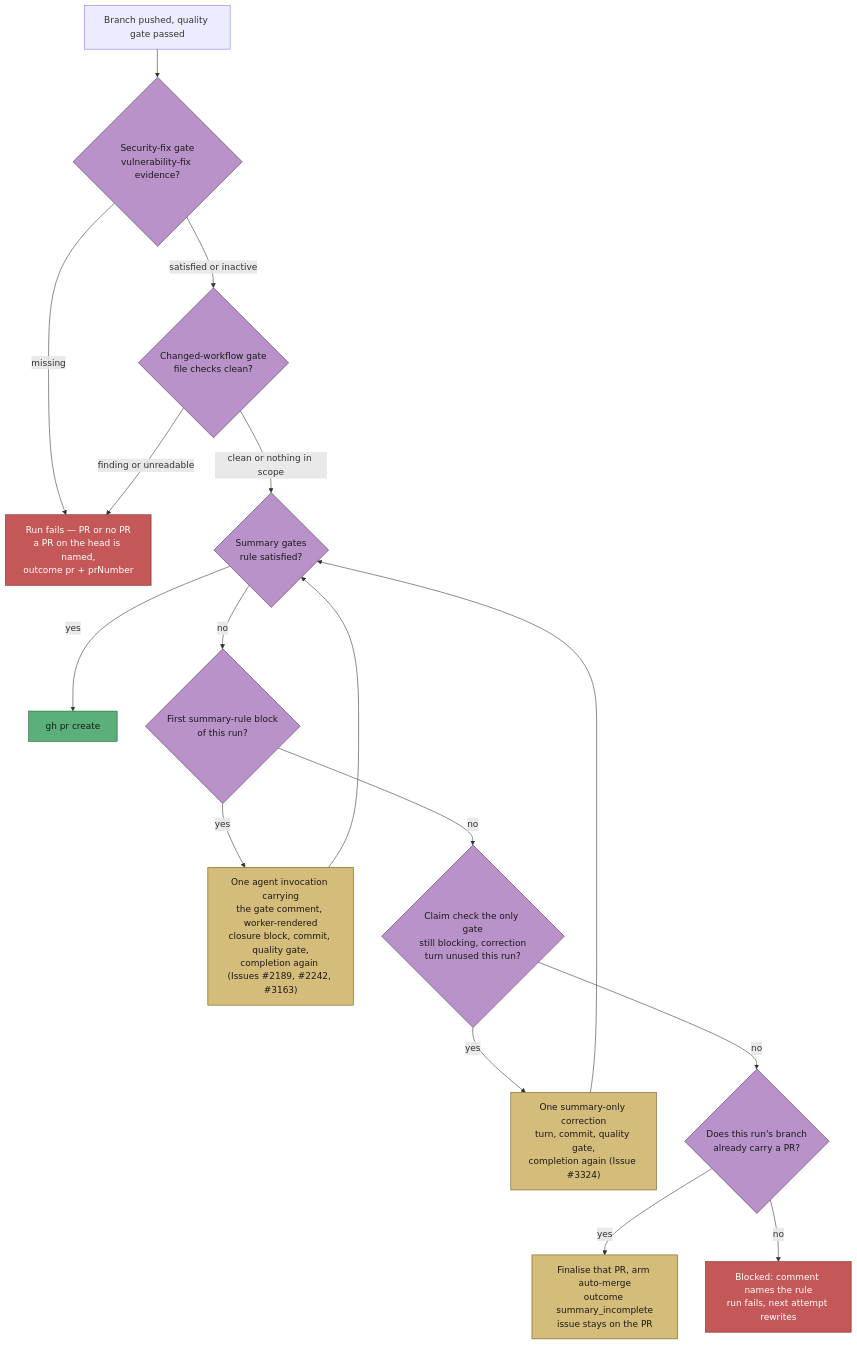
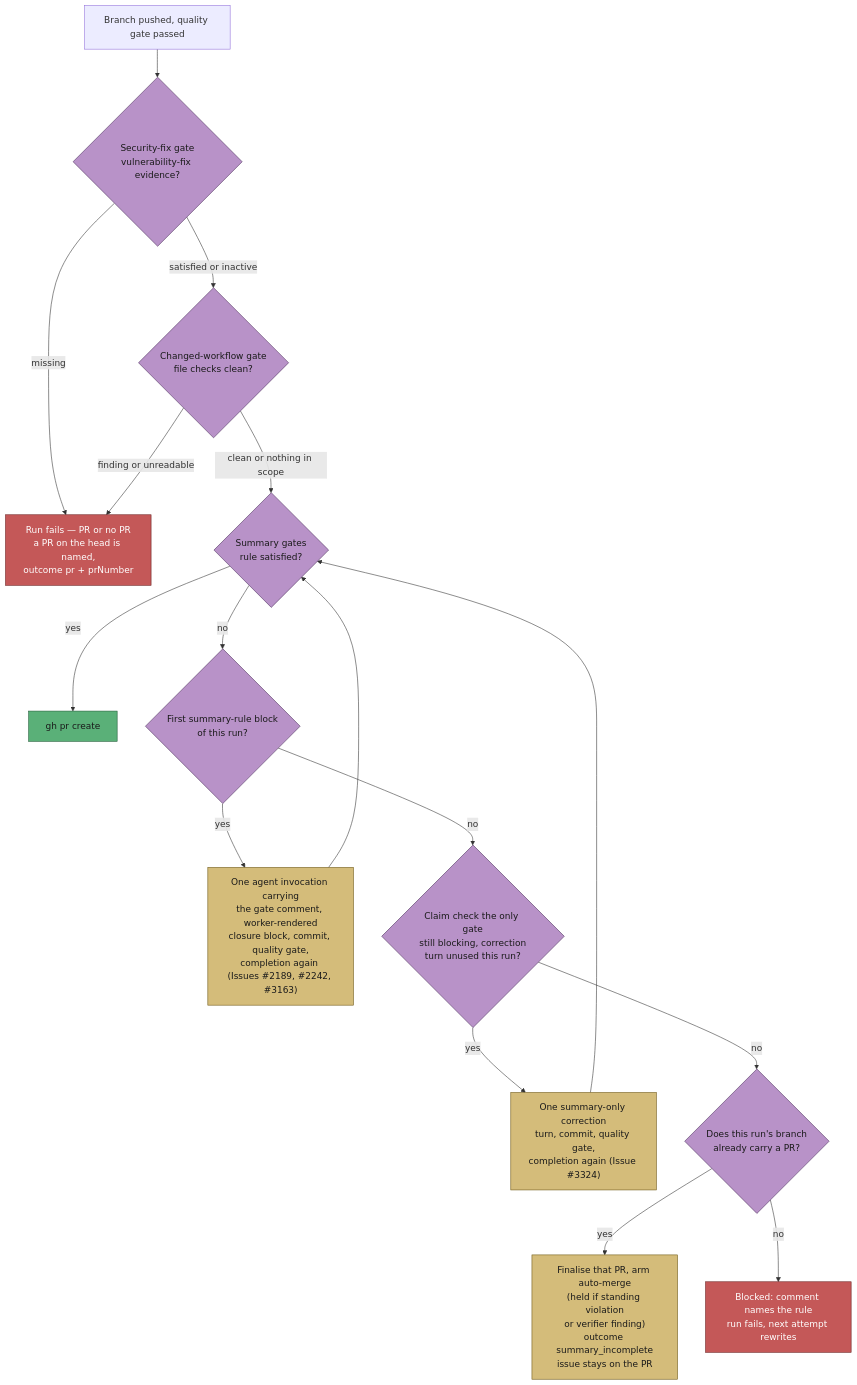
Before and after one commit to stSoftwareAU/VibeCoder: diagram 22 of 25 in docs/workflows/issue-processing.md, drawn with Mermaid. The commit also changed other lines of this file and 11 other files, not shown here.

First line of the commit message:
Hold the PR when a pre-PR verifier finding survives the recovery turn (#3697)

````diff
--- a/docs/workflows/issue-processing.md
+++ b/docs/workflows/issue-processing.md
@@ -2635,30 +2643,30 @@
 ```mermaid
 flowchart TD
     A["Branch pushed, quality gate passed"] --> SEC{"Security-fix gate<br/>vulnerability-fix evidence?"}
     SEC -->|"missing"| F2["Run fails — PR or no PR<br/>a PR on the head is named,<br/>outcome pr + prNumber"]
     SEC -->|"satisfied or inactive"| WF{"Changed-workflow gate<br/>file checks clean?"}
     WF -->|"finding or unreadable"| F2
     WF -->|"clean or nothing in scope"| G{"Summary gates<br/>rule satisfied?"}
     G -->|yes| PR["gh pr create"]
     G -->|no| R{"First summary-rule block<br/>of this run?"}
     R -->|yes| RT["One agent invocation carrying<br/>the gate comment, worker-rendered<br/>closure block, commit, quality gate,<br/>completion again (Issues #2189, #2242, #3163)"]
     RT --> G
     R -->|no| CC{"Claim check the only gate<br/>still blocking, correction<br/>turn unused this run?"}
     CC -->|yes| CT["One summary-only correction<br/>turn, commit, quality gate,<br/>completion again (Issue #3324)"]
     CT --> G
     CC -->|no| Q{"Does this run's branch<br/>already carry a PR?"}
-    Q -->|yes| S["Finalise that PR, arm auto-merge<br/>outcome summary_incomplete<br/>issue stays on the PR"]
+    Q -->|yes| S["Finalise that PR, arm auto-merge<br/>(held if standing violation<br/>or verifier finding)<br/>outcome summary_incomplete<br/>issue stays on the PR"]
     Q -->|no| F["Blocked: comment names the rule<br/>run fails, next attempt rewrites"]
     style SEC fill:#b892c8,stroke:#4a2d5a,color:#1a1a1a
     style WF fill:#b892c8,stroke:#4a2d5a,color:#1a1a1a
     style G fill:#b892c8,stroke:#4a2d5a,color:#1a1a1a
     style Q fill:#b892c8,stroke:#4a2d5a,color:#1a1a1a
     style R fill:#b892c8,stroke:#4a2d5a,color:#1a1a1a
     style RT fill:#d4bc7a,stroke:#6b5510,color:#1a1a1a
     style CC fill:#b892c8,stroke:#4a2d5a,color:#1a1a1a
     style CT fill:#d4bc7a,stroke:#6b5510,color:#1a1a1a
     style PR fill:#5ab078,stroke:#1d5a35,color:#1a1a1a
     style S fill:#d4bc7a,stroke:#6b5510,color:#1a1a1a
     style F fill:#c45858,stroke:#6b2020,color:#fff
     style F2 fill:#c45858,stroke:#6b2020,color:#fff
 ```
````
